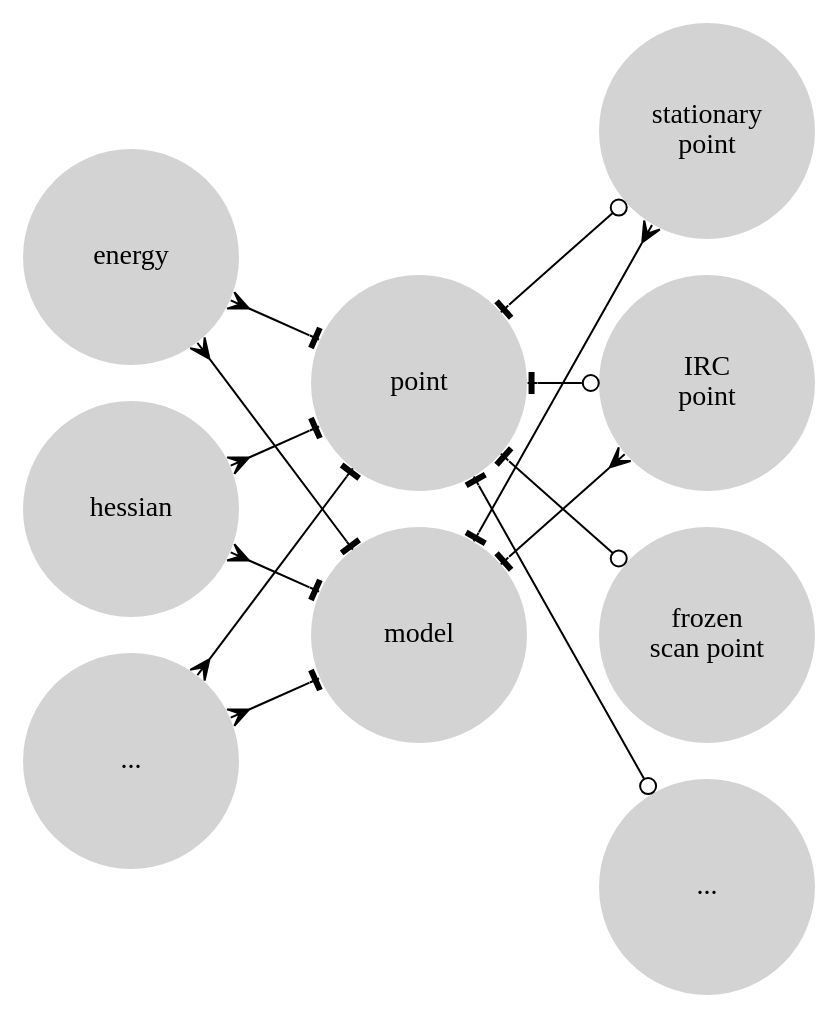
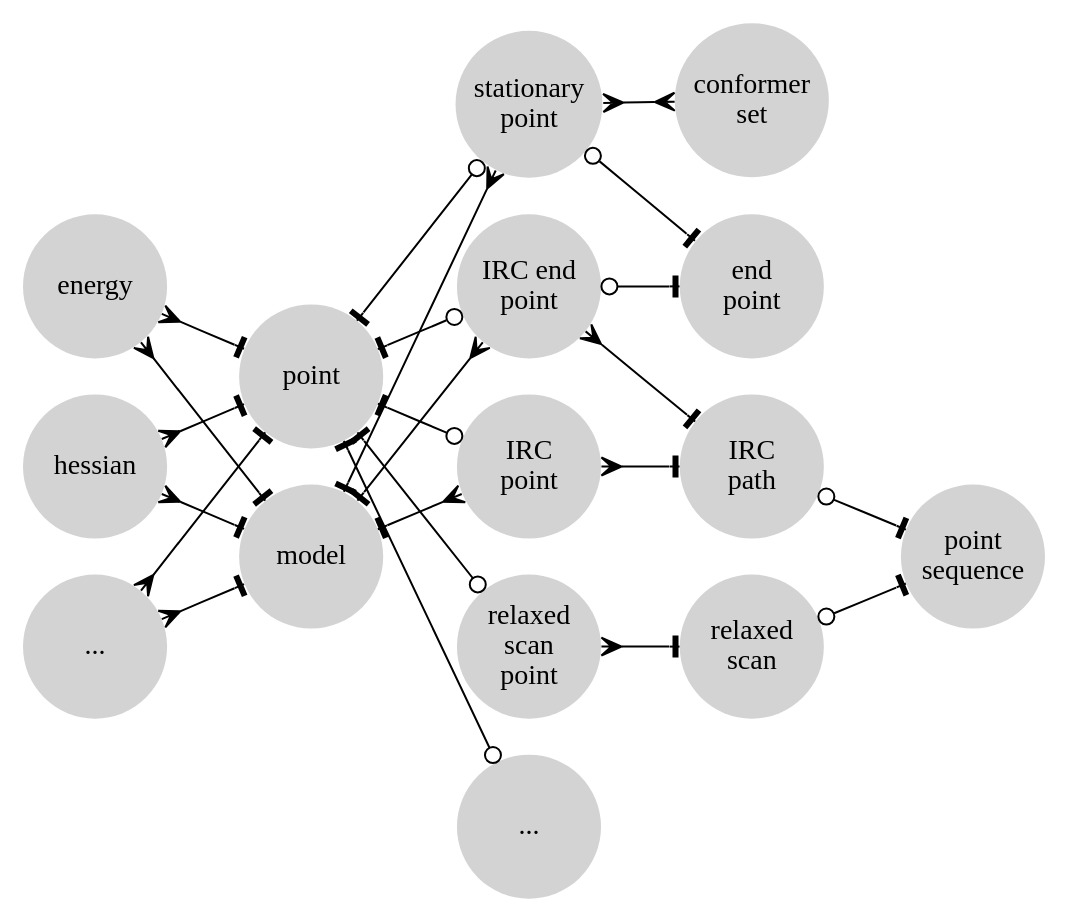
One commit to avcopan/graphics changed the diagram in schema-diagram/schema.dot. Above: the diagram before and after it, drawn with Graphviz. The commit also changed 1 other file, not shown here.

Commit message:
Finalizes Layers 1-2 in schema

```diff
--- a/schema-diagram/schema.dot
+++ b/schema-diagram/schema.dot
@@ -1,47 +1,74 @@
 digraph g {
 	graph [
 		fontname="Arial"
         rankdir="LR"
         ordering="out"
         // splines=curved
         splines=line
 	]
 	node [
 		style=filled
 		shape=circle
         penwidth=0
 		fontname="Ubuntu Mono"
-        width=1.5
+        width=1
+        margin=0
 	]
-    # Layer 1
+
+    # Layer 1a
     energy
     hessian
     etc1 [label="..."];
 
+    # Layer 1b
     point
     model
 
     energy      -> point [arrowtail=crow; arrowhead=tee; dir=both]
     hessian     -> point [arrowtail=crow; arrowhead=tee; dir=both]
     etc1        -> point [arrowtail=crow; arrowhead=tee; dir=both]
 
     energy      -> model [arrowtail=crow; arrowhead=tee; dir=both]
     hessian     -> model [arrowtail=crow; arrowhead=tee; dir=both]
     etc1        -> model [arrowtail=crow; arrowhead=tee; dir=both]
 
-    # Layer 2
+    # Layer 2a
     stat_point [label="stationary\npoint"]
+    irc_end_point [label="IRC end\npoint"]
     irc_point [label="IRC\npoint"]
-    frozen_point [label="frozen\nscan point"]
+    rel_scan_point [label="relaxed\nscan\npoint"]
     etc2 [label="..."]
 
     point -> stat_point     [arrowtail=tee; arrowhead=odot; dir=both]
+    point -> irc_end_point  [arrowtail=tee; arrowhead=odot; dir=both]
     point -> irc_point      [arrowtail=tee; arrowhead=odot; dir=both]
-    point -> frozen_point   [arrowtail=tee; arrowhead=odot; dir=both]
+    point -> rel_scan_point   [arrowtail=tee; arrowhead=odot; dir=both]
     point -> etc2           [arrowtail=tee; arrowhead=odot; dir=both]
 
     model -> stat_point     [arrowtail=tee; arrowhead=crow; dir=both]
+    model -> irc_end_point  [arrowtail=tee; arrowhead=crow; dir=both]
     model -> irc_point      [arrowtail=tee; arrowhead=crow; dir=both]
-    model -> frozen_point   [style=invis]
+    model -> rel_scan_point   [style=invis]
     model -> etc2           [style=invis]
+
+    # Layer 2b
+    conf_set [label="conformer\nset"]
+    irc_path [label="IRC\npath"]
+    rel_scan [label="relaxed\nscan"]
+
+    # Layer 2c
+    end_point [label="end\npoint"]
+    point_sequence [label="point\nsequence"]
+
+
+    stat_point -> conf_set      [arrowtail=crow; arrowhead=crow; dir=both]
+    stat_point -> end_point       [arrowtail=odot; arrowhead=tee; dir=both]
+    irc_end_point -> end_point    [arrowtail=odot; arrowhead=tee; dir=both]
+    irc_end_point -> irc_path   [arrowtail=crow; arrowhead=tee; dir=both]
+    irc_point -> irc_path       [arrowtail=crow; arrowhead=tee; dir=both]
+    rel_scan_point -> rel_scan  [arrowtail=crow; arrowhead=tee; dir=both]
+    irc_path -> point_sequence  [arrowtail=odot; arrowhead=tee; dir=both]
+    rel_scan -> point_sequence  [arrowtail=odot; arrowhead=tee; dir=both]
+
+    # Layer 3
 }
```
